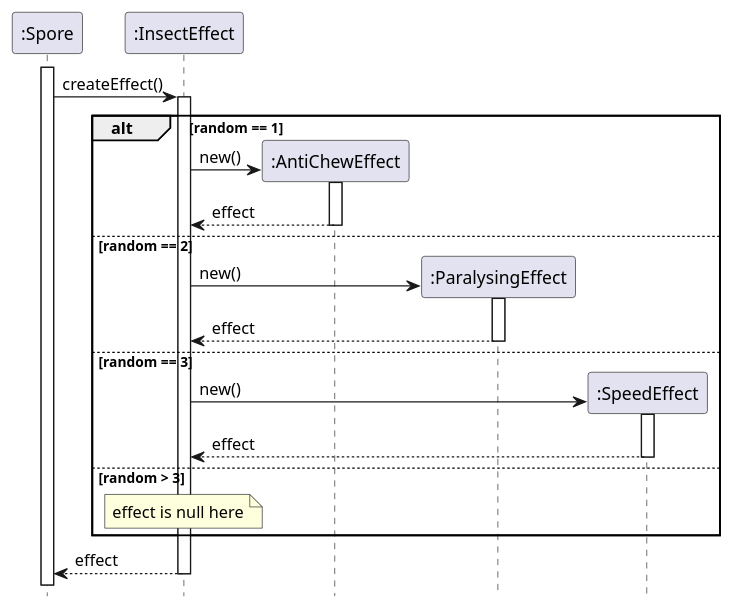
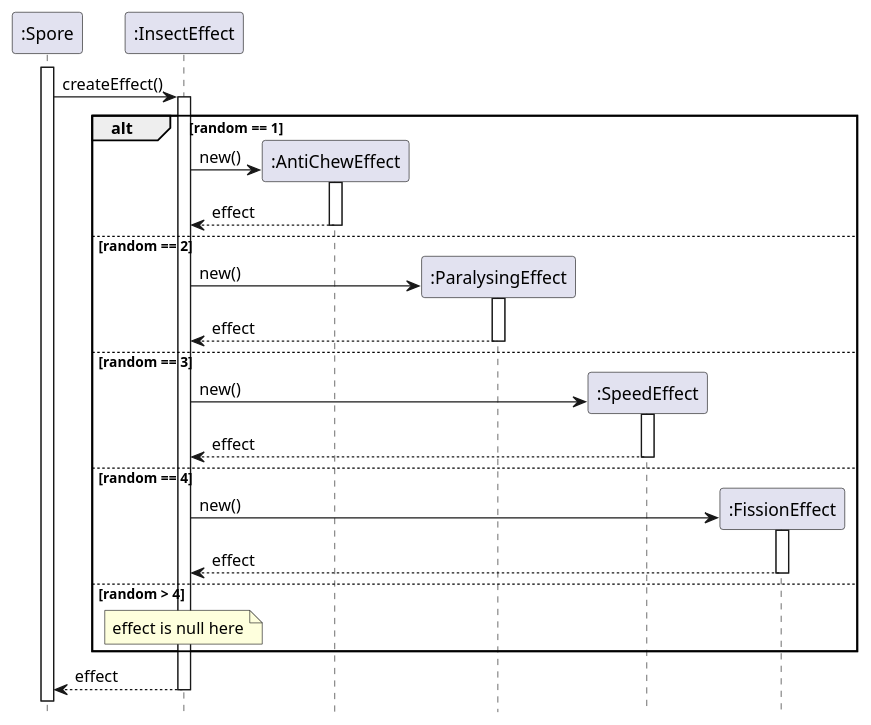
Before and after one commit to ZD4ve/projlab-error521: the diagram in SeqAndClassDiagrams/InsectEffect/effect-creation.puml, drawn with PlantUML. The commit also changed 18 other files, not shown here.

Commit message:
Fentről érkező áldás diagramba foglalása (emellett: konstruktorok konzisztenciájának növelése. felhasználó által hívott fügvények visszatérnek a sikerességükről)

```diff
--- a/SeqAndClassDiagrams/InsectEffect/effect-creation.puml
+++ b/SeqAndClassDiagrams/InsectEffect/effect-creation.puml
@@ -1,39 +1,45 @@
 @startuml InsectEffect/effect-creation
 hide footbox
 
 participant ":Spore" as spore
 participant ":InsectEffect" as effect
 participant ":AntiChewEffect" as antichewEffect
 participant ":ParalysingEffect" as paralysingEffect
 participant ":SpeedEffect" as speedEffect
+participant ":FissionEffect" as fissionEffect
 
 activate spore
 
 spore -> effect : createEffect()
 activate effect
 
 alt random == 1
     create antichewEffect
     effect -> antichewEffect : new()
     activate antichewEffect
     return effect
 else random == 2
     create paralysingEffect
     effect -> paralysingEffect : new()
     activate paralysingEffect
     return effect
 else random == 3
     create speedEffect
     effect -> speedEffect : new()
     activate speedEffect
     return effect
-else random > 3
+else random == 4
+    create fissionEffect
+    effect -> fissionEffect : new()
+    activate fissionEffect
+    return effect
+else random > 4
     ' effect -> effect : effect = null
     note over effect
         effect is null here
     end note
 end
 
 return effect
 
 @enduml
```
